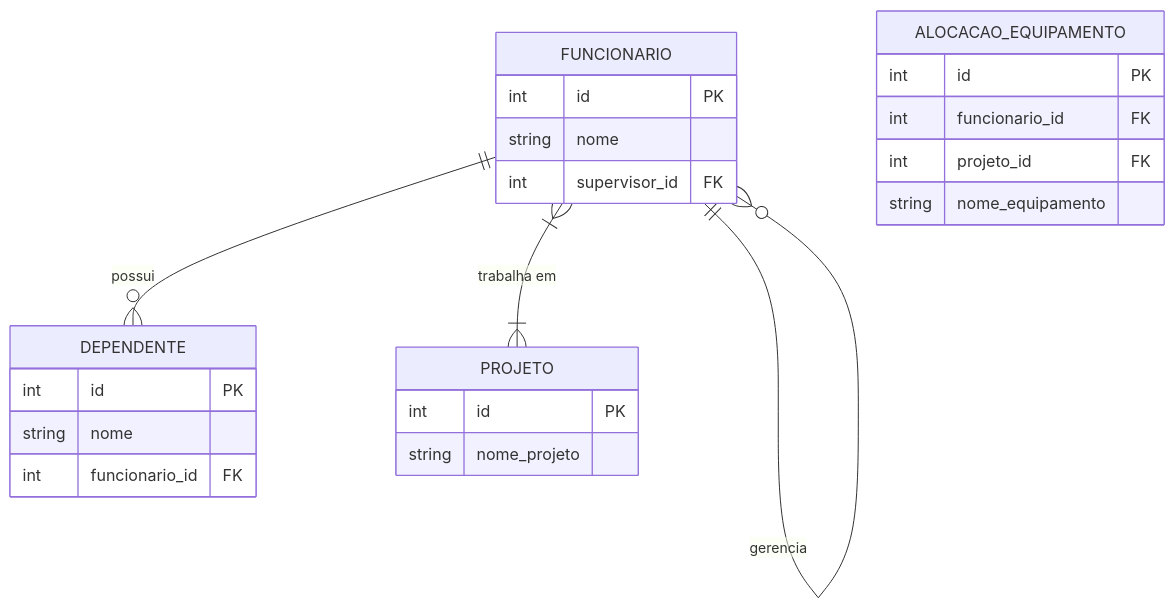
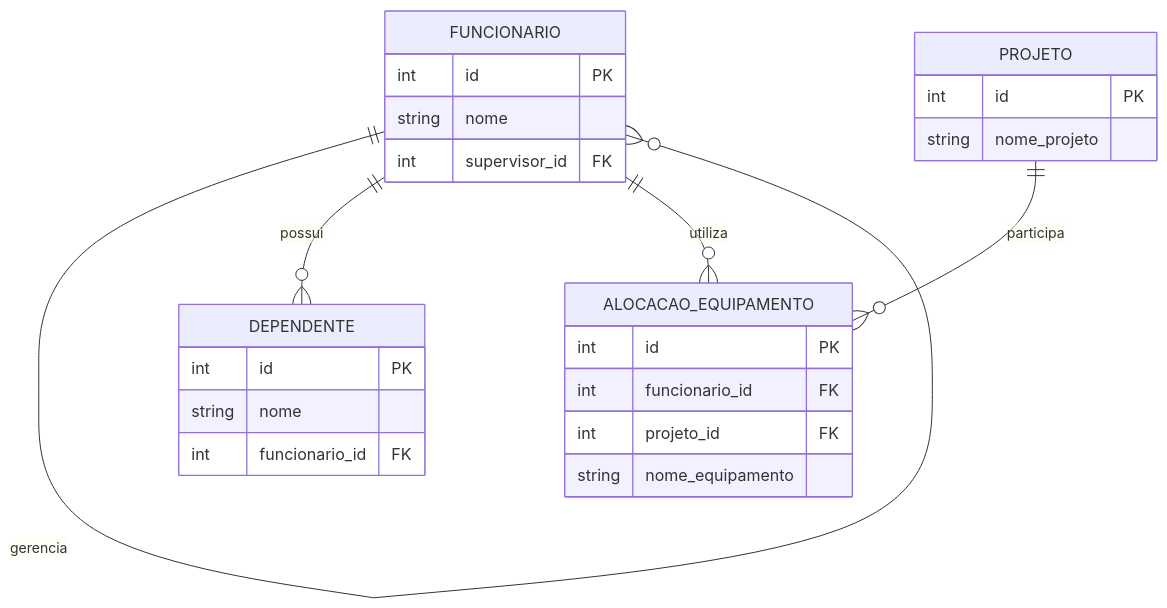
One commit to fabiofarnco/projeto-bd-agregacao changed the diagram in README.md. Above: the diagram before and after it, drawn with Mermaid. The commit also changed other lines of this file, not shown here.

````diff
--- a/README.md
+++ b/README.md
@@ -54,31 +52,32 @@
 ```mermaid
 erDiagram
 
-FUNCIONARIO ||--o{ FUNCIONARIO : "gerencia"
-FUNCIONARIO ||--o{ DEPENDENTE : "possui"
-FUNCIONARIO }|--|{ PROJETO : "trabalha em"
+    FUNCIONARIO {
+        int id PK
+        string nome
+        int supervisor_id FK
+    }
 
-FUNCIONARIO {
-    int id PK
-    string nome
-    int supervisor_id FK
-}
+    DEPENDENTE {
+        int id PK
+        string nome
+        int funcionario_id FK
+    }
 
-DEPENDENTE {
-    int id PK
-    string nome
-    int funcionario_id FK
-}
+    PROJETO {
+        int id PK
+        string nome_projeto
+    }
 
-PROJETO {
-    int id PK
-    string nome_projeto
-}
+    ALOCACAO_EQUIPAMENTO {
+        int id PK
+        int funcionario_id FK
+        int projeto_id FK
+        string nome_equipamento
+    }
 
-ALOCACAO_EQUIPAMENTO {
-    int id PK
-    int funcionario_id FK
-    int projeto_id FK
-    string nome_equipamento
-}
+    FUNCIONARIO ||--o{ FUNCIONARIO : gerencia
+    FUNCIONARIO ||--o{ DEPENDENTE : possui
+    FUNCIONARIO ||--o{ ALOCACAO_EQUIPAMENTO : utiliza
+    PROJETO ||--o{ ALOCACAO_EQUIPAMENTO : participa
 ```
````
